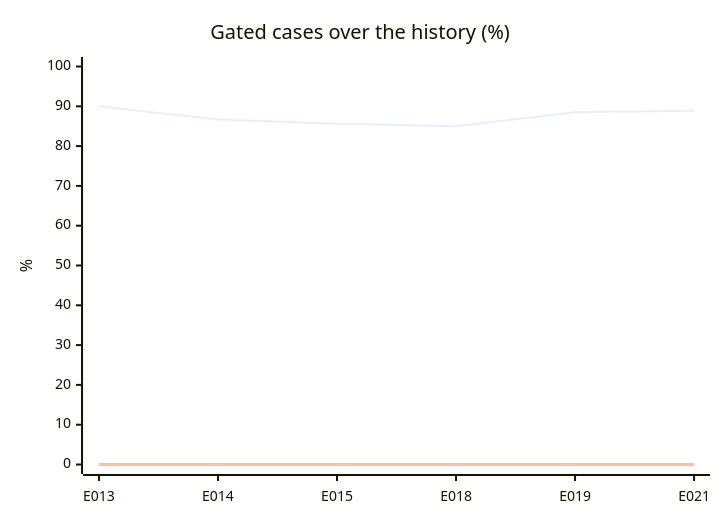
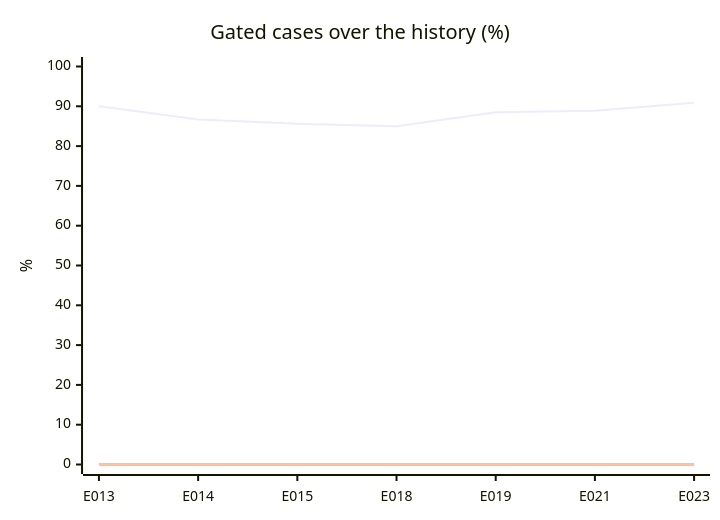
The first of 2 diagrams in evals/report.md (acarbonellb/anti-fraud-agent), drawn with Mermaid before and after one commit. The commit also changed other lines of this file and 161 other files, not shown here.

````diff
--- a/evals/report.md
+++ b/evals/report.md
@@ -49,9 +50,9 @@
 ```mermaid
 xychart-beta
   title "Gated cases over the history (%)"
-  x-axis [E013, E014, E015, E018, E019, E021]
+  x-axis [E013, E014, E015, E018, E019, E021, E023]
   y-axis "%" 0 --> 100
-  line [90, 86.7, 85.6, 85, 88.5, 88.9]
-  line [0, 0, 0, 0, 0, 0]
-  line [0, 0, 0, 0, 0, 0]
+  line [90, 86.7, 85.6, 85, 88.5, 88.9, 90.9]
+  line [0, 0, 0, 0, 0, 0, 0]
+  line [0, 0, 0, 0, 0, 0, 0]
 ```
````
